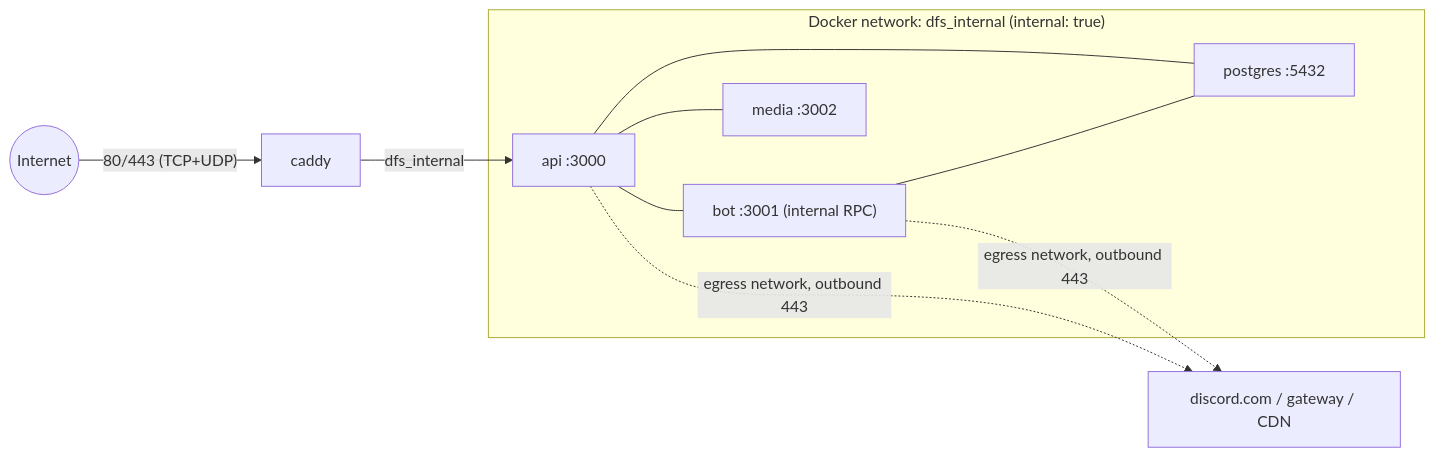
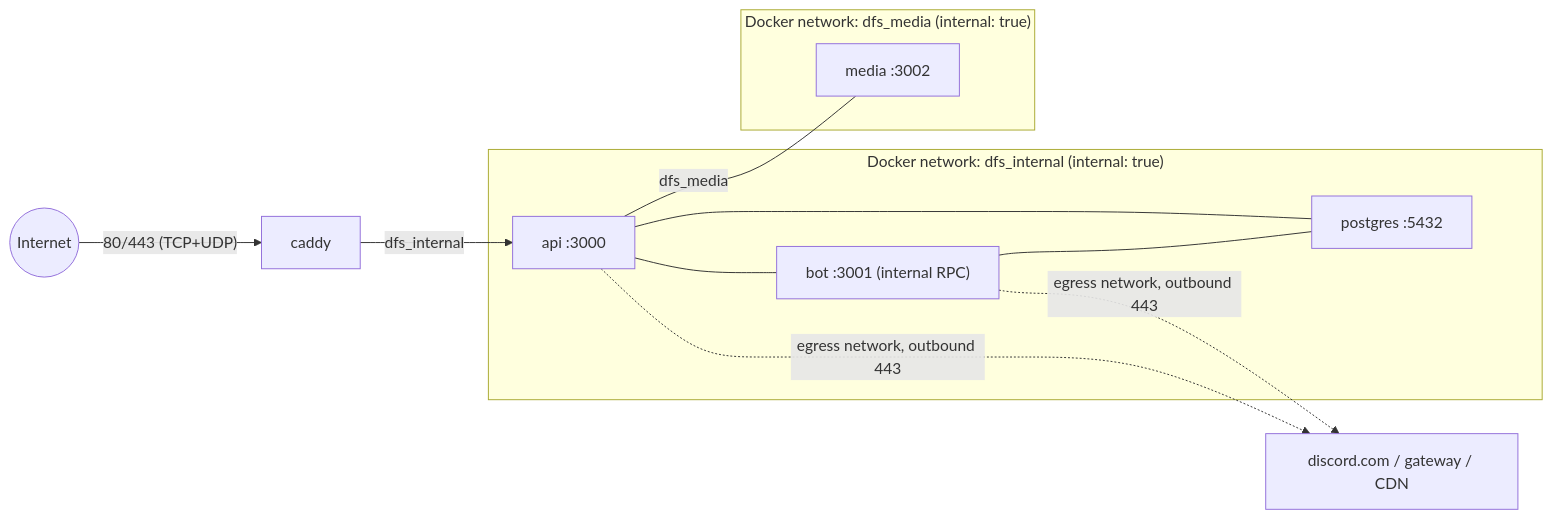
One commit to AlexB8675/DFS changed the second of 11 diagrams in docs/DESIGN.md. Above: the diagram before and after it, drawn with Mermaid. The commit also changed other lines of this file and 8 other files, not shown here.

````diff
--- a/docs/DESIGN.md
+++ b/docs/DESIGN.md
@@ -123,17 +123,19 @@
 ```mermaid
 flowchart LR
     I(("Internet")) -->|"80/443 (TCP+UDP)"| E["caddy"]
     subgraph dfs_internal["Docker network: dfs_internal (internal: true)"]
         A["api :3000"]
         B["bot :3001 (internal RPC)"]
         P["postgres :5432"]
+    end
+    subgraph dfs_media["Docker network: dfs_media (internal: true)"]
         M["media :3002"]
     end
     E -->|dfs_internal| A
     A --- B
     A --- P
     B --- P
-    A --- M
+    A ---|dfs_media| M
     B -.->|"egress network, outbound 443"| D["discord.com / gateway / CDN"]
     A -.->|"egress network, outbound 443"| D
 ```
````
